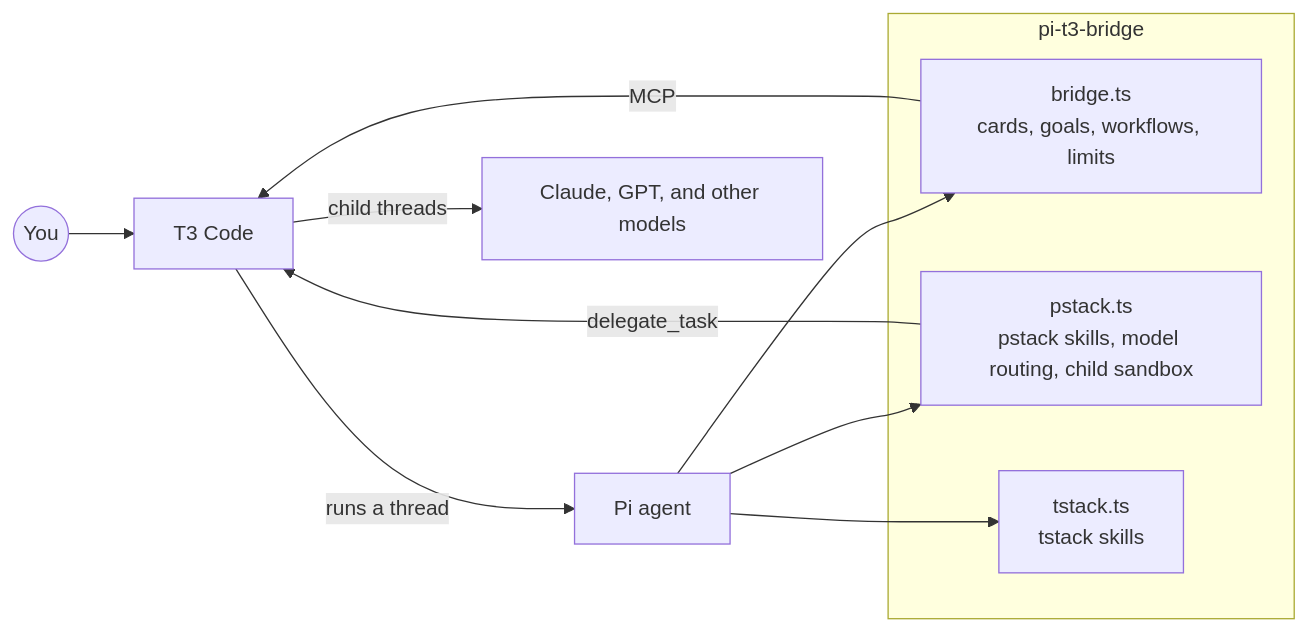
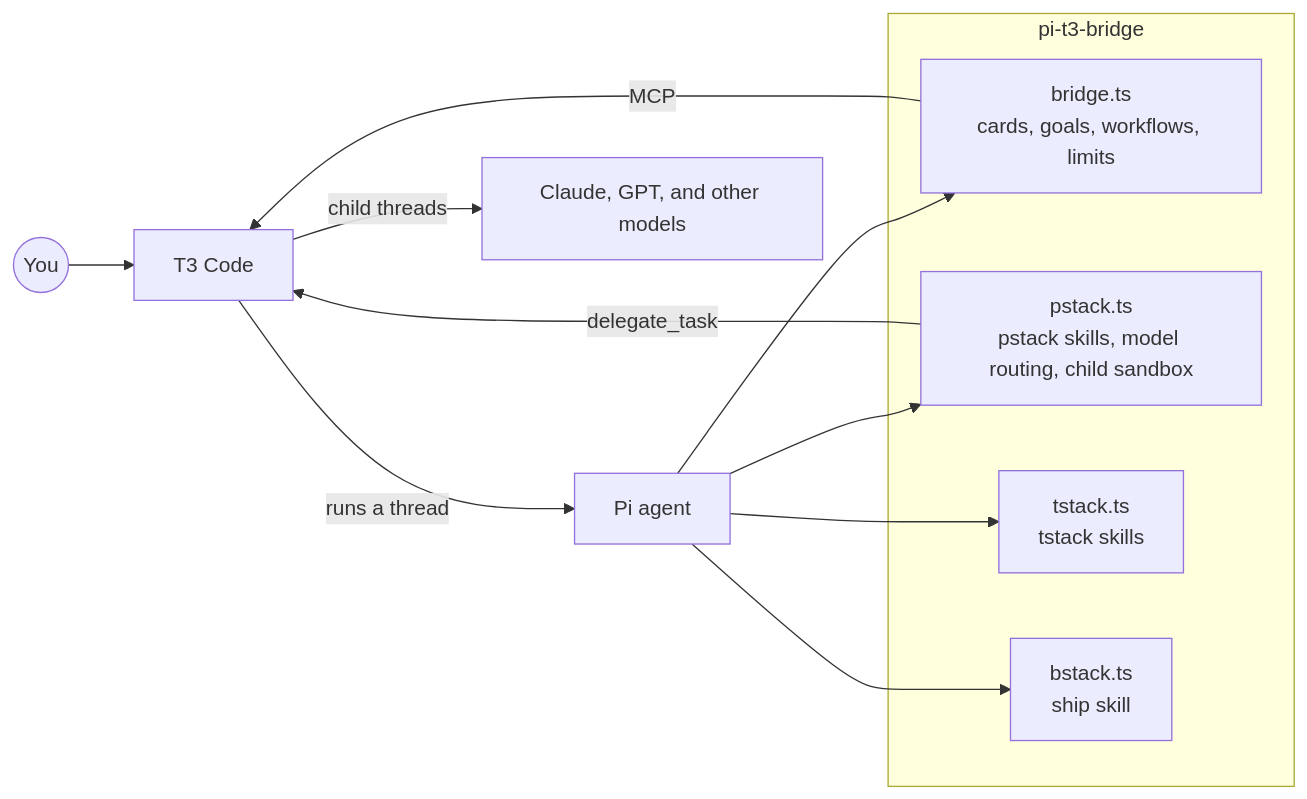
One commit to Snestra/pi-t3-bridge changed the first of 5 diagrams in README.md. Above: the diagram before and after it, drawn with Mermaid. The commit also changed other lines of this file and 6 other files, not shown here.

Commit message:
Add bstack's ship skill and a create_goal tool

````diff
--- a/README.md
+++ b/README.md
@@ -5,14 +5,15 @@
 ```mermaid
 flowchart LR
     You((You)) --> T3[T3 Code]
     T3 -->|runs a thread| Pi[Pi agent]
     subgraph pkg [pi-t3-bridge]
         Bridge[bridge.ts<br/>cards, goals, workflows, limits]
         Pstack[pstack.ts<br/>pstack skills, model routing, child sandbox]
         Tstack[tstack.ts<br/>tstack skills]
+        Bstack[bstack.ts<br/>ship skill]
     end
-    Pi --> Bridge & Pstack & Tstack
+    Pi --> Bridge & Pstack & Tstack & Bstack
     Bridge -->|MCP| T3
     Pstack -->|delegate_task| T3
     T3 -->|child threads| Models[Claude, GPT, and other models]
 ```
````
